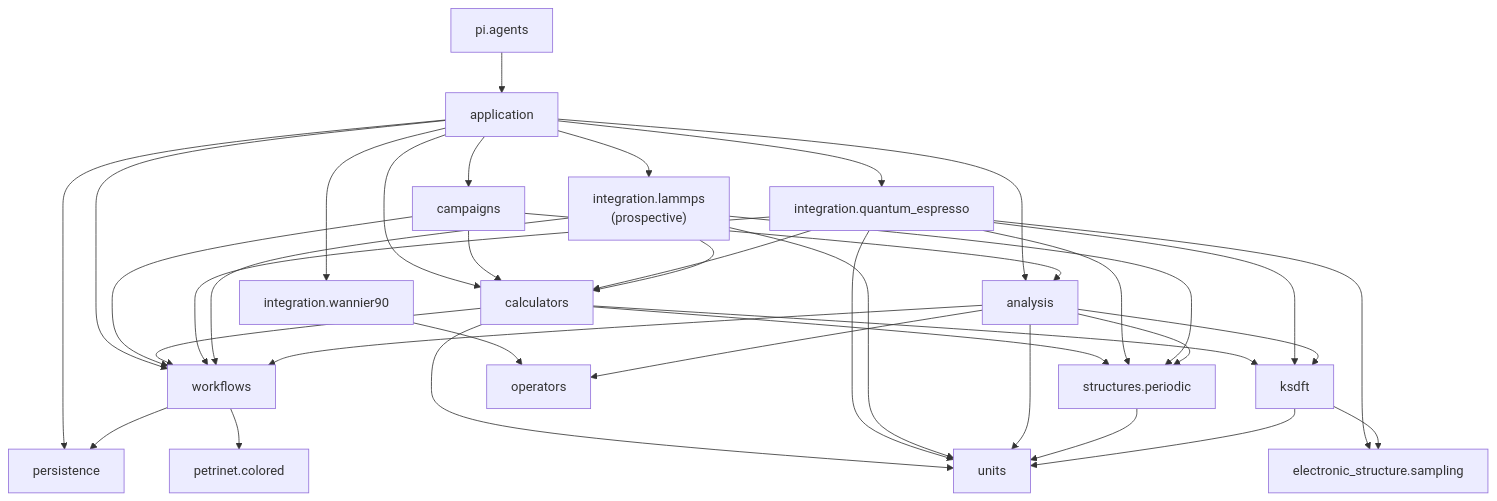
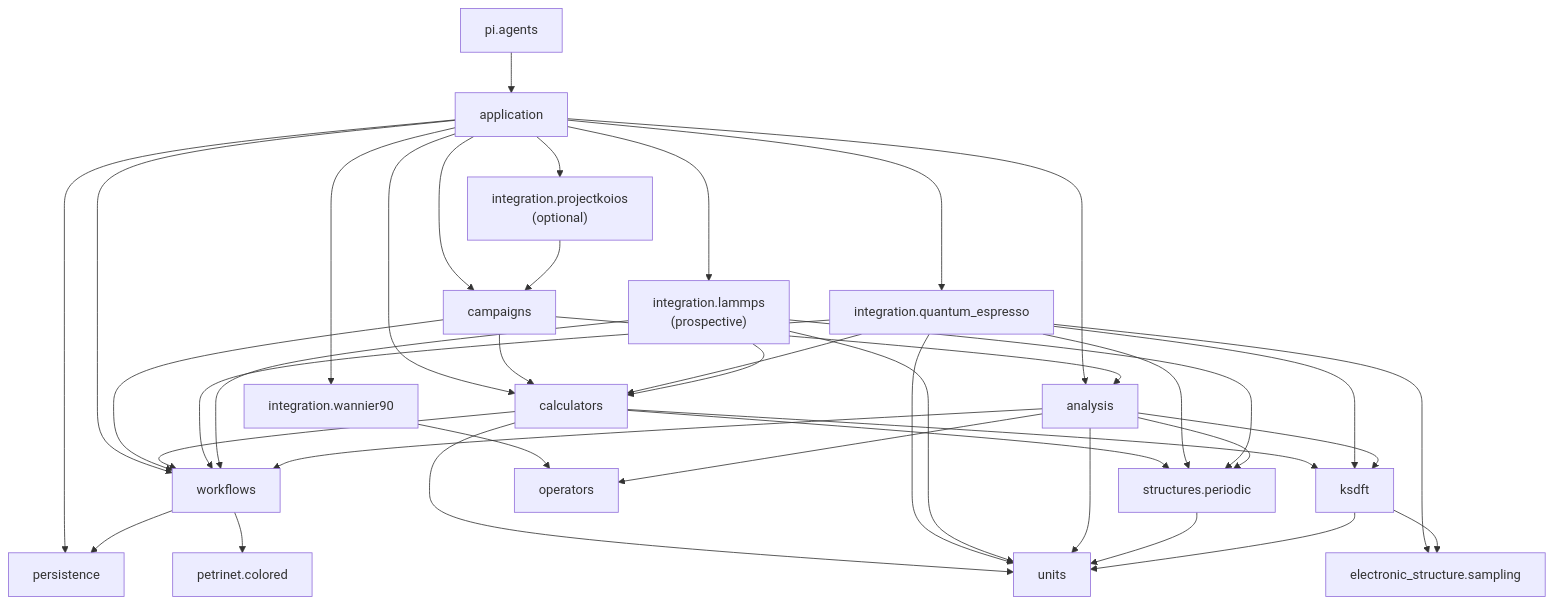
One commit to eragasa/ksdft2effmass changed the diagram in docs/architecture/v2/ksdft2effmass/index.md. Above: the diagram before and after it, drawn with Mermaid. The commit also changed other lines of this file and 20 other files, not shown here.

````diff
--- a/docs/architecture/v2/ksdft2effmass/index.md
+++ b/docs/architecture/v2/ksdft2effmass/index.md
@@ -9,57 +9,60 @@
 ```mermaid
 flowchart TB
     app["application"]
     persistence["persistence"]
     workflows["workflows"]
     petrinet["petrinet.colored"]
     campaigns["campaigns"]
     calculators["calculators"]
     qe_integration["integration.quantum_espresso"]
     wannier90_integration["integration.wannier90"]
+    projectkoios_integration["integration.projectkoios<br/>(optional)"]
     lammps_integration["integration.lammps<br/>(prospective)"]
     structures["structures.periodic"]
     sampling["electronic_structure.sampling"]
     units["units"]
     ksdft["ksdft"]
     operators["operators"]
     analysis["analysis"]
     pi_agents["pi.agents"]
 
     pi_agents --> app
     app --> persistence
     app --> workflows
     app --> campaigns
     app --> calculators
     app --> qe_integration
     app --> wannier90_integration
+    app --> projectkoios_integration
     app --> lammps_integration
     app --> analysis
     workflows --> persistence
     workflows --> petrinet
     campaigns --> workflows
     campaigns --> calculators
     campaigns --> analysis
     calculators --> workflows
     calculators --> structures
     calculators --> units
     calculators --> ksdft
     qe_integration --> calculators
     qe_integration --> workflows
     qe_integration --> structures
     qe_integration --> sampling
     qe_integration --> units
     qe_integration --> ksdft
     wannier90_integration --> operators
+    projectkoios_integration --> campaigns
     lammps_integration --> calculators
     lammps_integration --> workflows
     lammps_integration --> structures
     lammps_integration --> units
     analysis --> workflows
     analysis --> structures
     analysis --> units
     analysis --> ksdft
     structures --> units
     ksdft --> sampling
     ksdft --> units
     analysis --> operators
 ```
````
